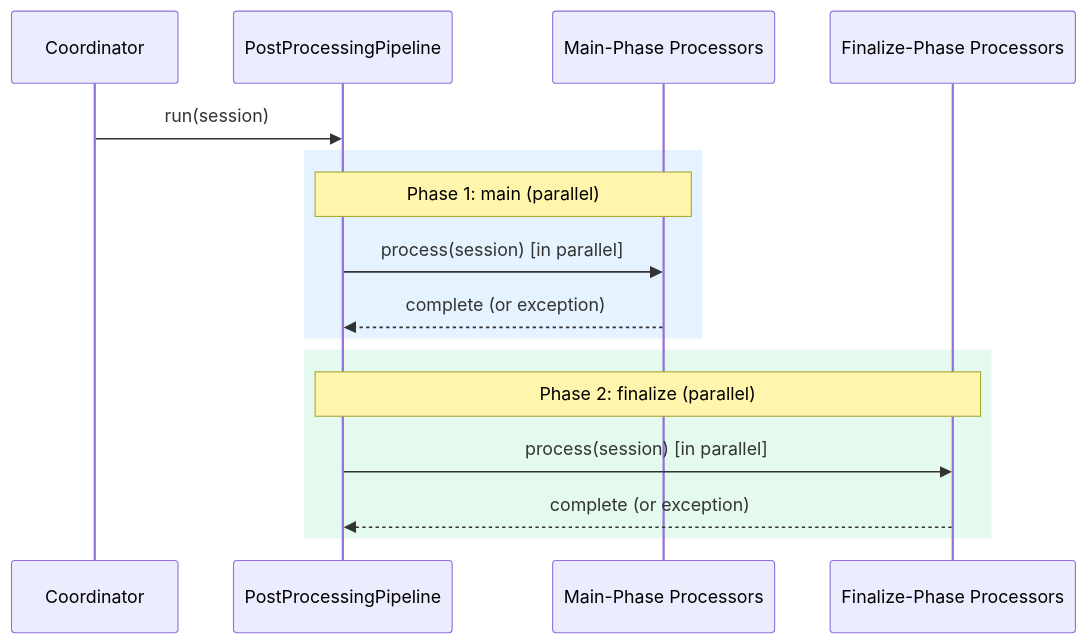
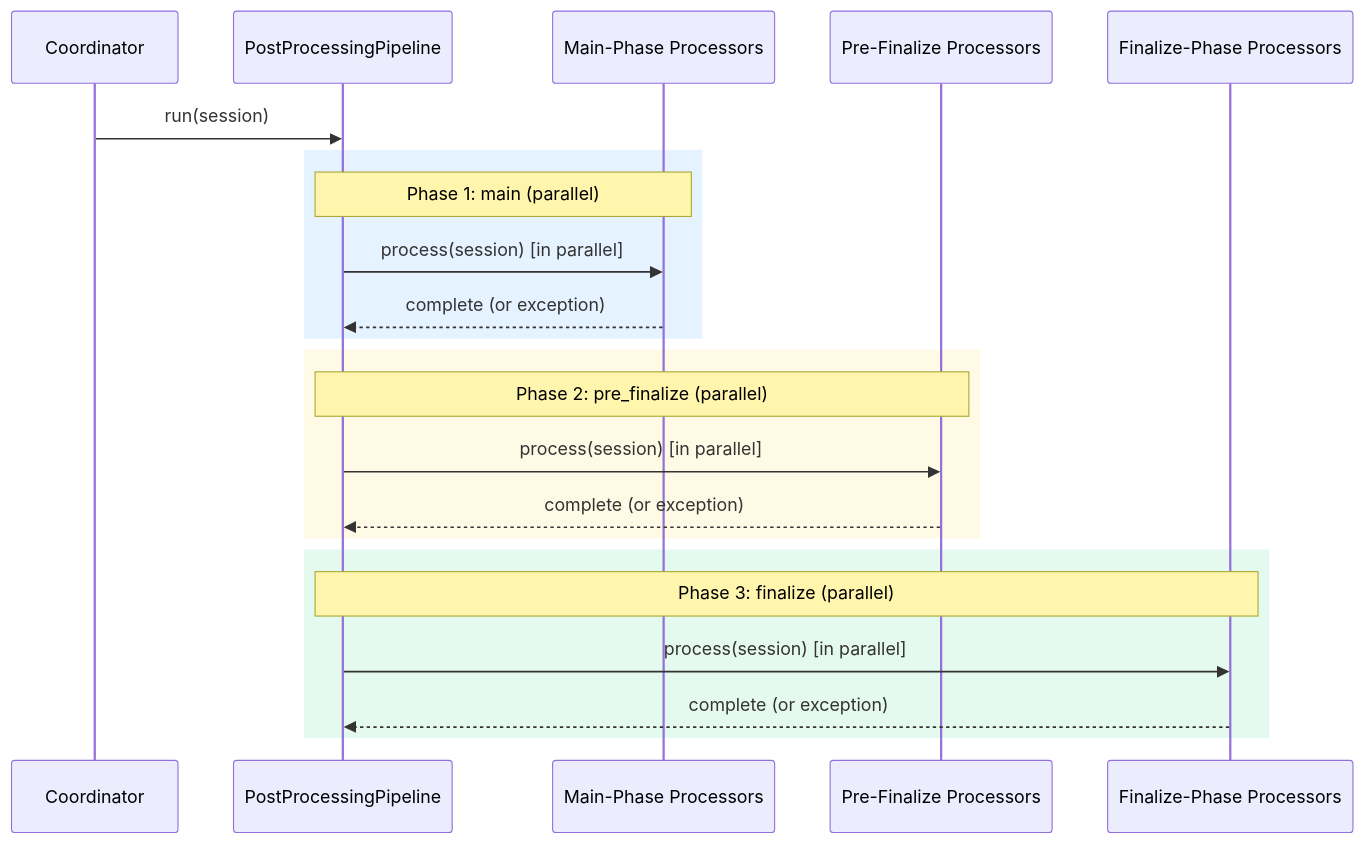
The first of 2 diagrams in docs/feature-designs/agent/post-processing-pipeline.md (asermax/tachikoma), drawn with Mermaid before and after one commit. The commit also changed other lines of this file and 13 other files, not shown here.

````diff
--- a/docs/feature-designs/agent/post-processing-pipeline.md
+++ b/docs/feature-designs/agent/post-processing-pipeline.md
@@ -62,21 +63,28 @@
 ```mermaid
 sequenceDiagram
     participant Coordinator
     participant Pipeline as PostProcessingPipeline
     participant MainProcs as Main-Phase Processors
+    participant PreFinalProcs as Pre-Finalize Processors
     participant FinalProcs as Finalize-Phase Processors
 
     Coordinator->>Pipeline: run(session)
 
     rect rgba(0, 128, 255, 0.1)
         Note over Pipeline,MainProcs: Phase 1: main (parallel)
         Pipeline->>MainProcs: process(session) [in parallel]
         MainProcs-->>Pipeline: complete (or exception)
     end
 
+    rect rgba(255, 200, 0, 0.1)
+        Note over Pipeline,PreFinalProcs: Phase 2: pre_finalize (parallel)
+        Pipeline->>PreFinalProcs: process(session) [in parallel]
+        PreFinalProcs-->>Pipeline: complete (or exception)
+    end
+
     rect rgba(0, 200, 100, 0.1)
-        Note over Pipeline,FinalProcs: Phase 2: finalize (parallel)
+        Note over Pipeline,FinalProcs: Phase 3: finalize (parallel)
         Pipeline->>FinalProcs: process(session) [in parallel]
         FinalProcs-->>Pipeline: complete (or exception)
     end
 ```
````
